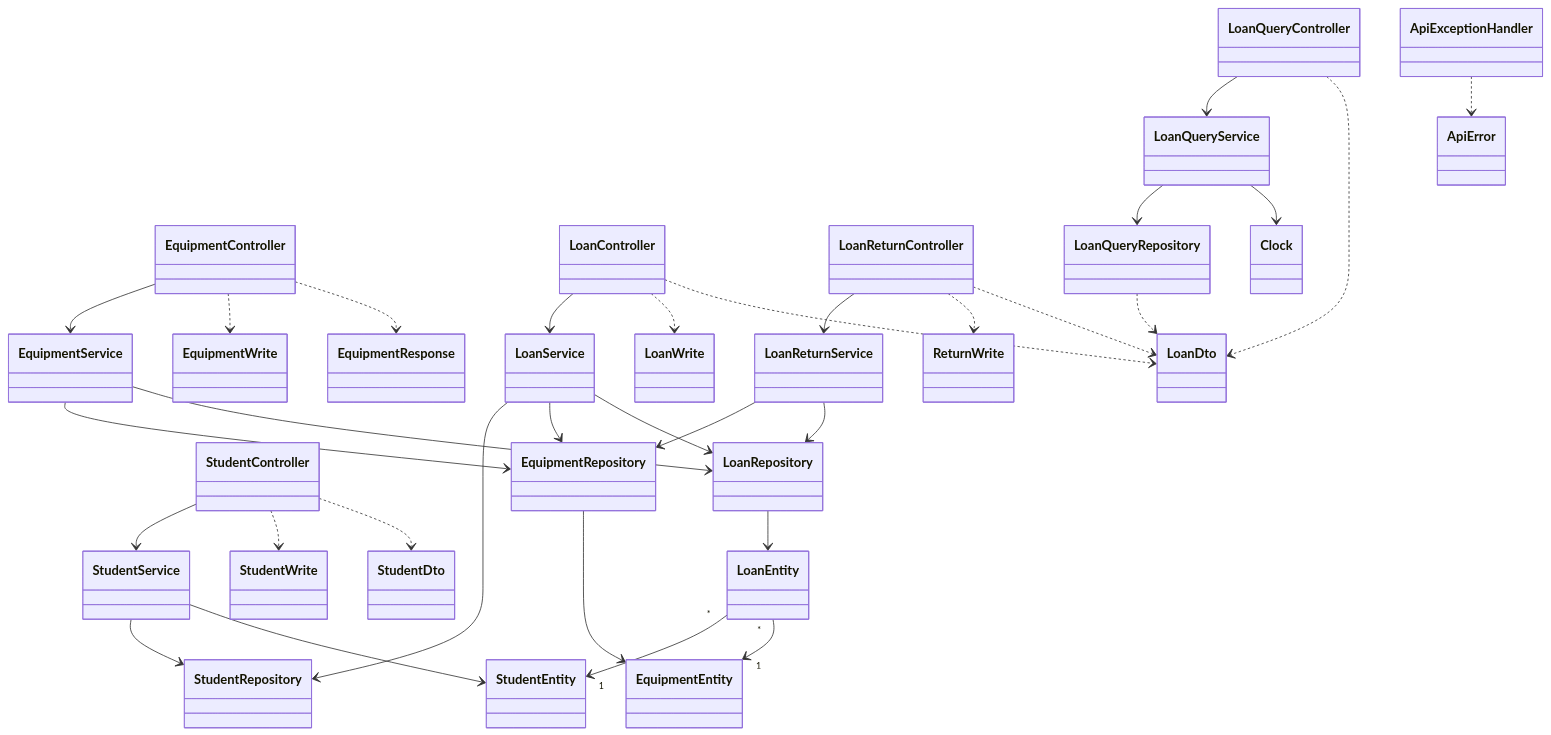
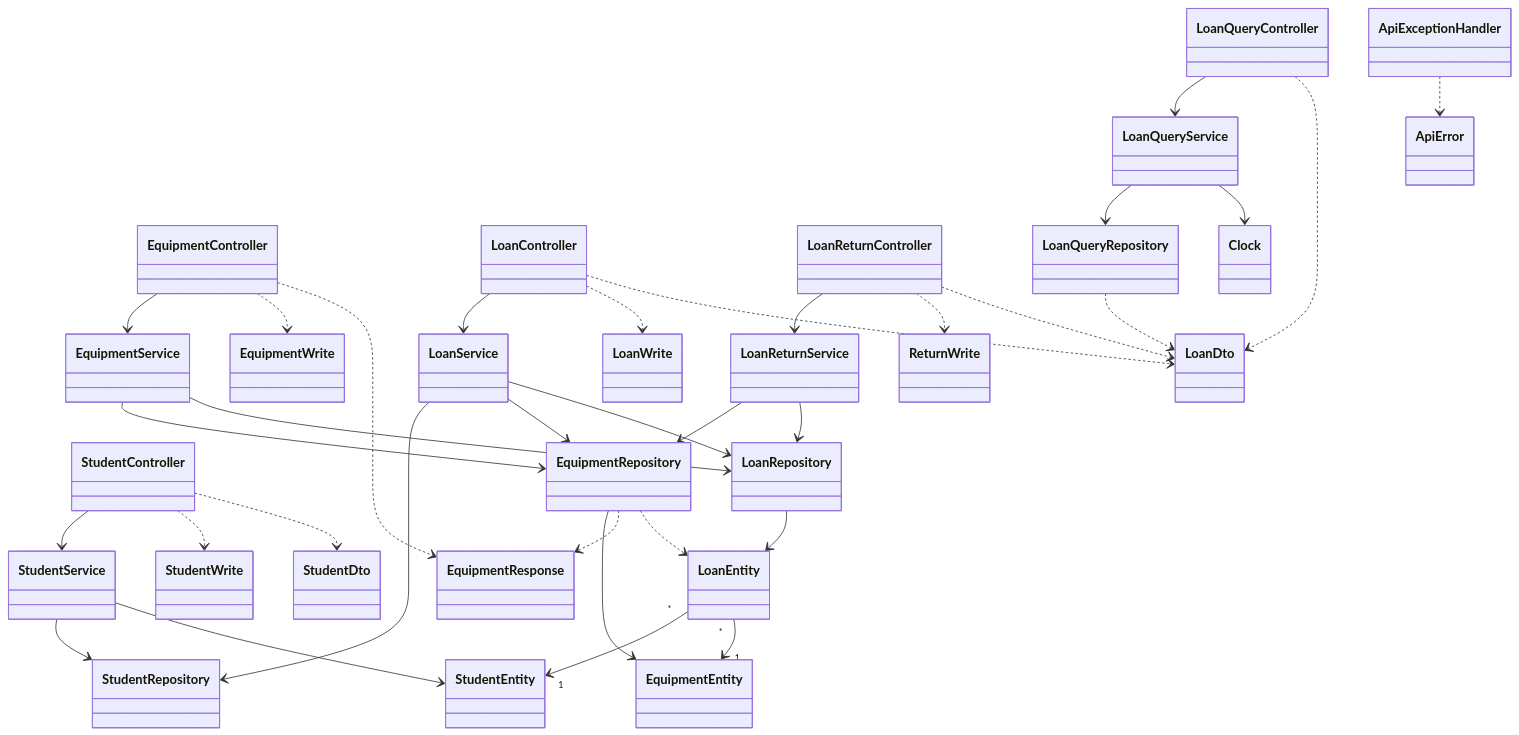
The second of 6 diagrams in docs/design/architecture.md (komayl-dbouk/Equipment-Lending-System), drawn with Mermaid before and after one commit. The commit also changed other lines of this file and 6 other files, not shown here.

````diff
--- a/docs/design/architecture.md
+++ b/docs/design/architecture.md
@@ -58,37 +58,39 @@
 ```mermaid
 classDiagram
   StudentController --> StudentService
   StudentController ..> StudentWrite
   StudentController ..> StudentDto
   StudentService --> StudentRepository
   StudentService --> StudentEntity
 
   EquipmentController --> EquipmentService
   EquipmentController ..> EquipmentWrite
   EquipmentController ..> EquipmentResponse
   EquipmentService --> EquipmentRepository
   EquipmentService --> LoanRepository
   EquipmentRepository --> EquipmentEntity
+  EquipmentRepository ..> EquipmentResponse
+  EquipmentRepository ..> LoanEntity
 
   LoanController --> LoanService
   LoanReturnController --> LoanReturnService
   LoanQueryController --> LoanQueryService
   LoanService --> StudentRepository
   LoanService --> EquipmentRepository
   LoanService --> LoanRepository
   LoanReturnService --> EquipmentRepository
   LoanReturnService --> LoanRepository
   LoanQueryService --> LoanQueryRepository
   LoanQueryService --> Clock
   LoanController ..> LoanWrite
   LoanReturnController ..> ReturnWrite
   LoanController ..> LoanDto
   LoanReturnController ..> LoanDto
   LoanQueryController ..> LoanDto
   LoanRepository --> LoanEntity
   LoanQueryRepository ..> LoanDto
 
   LoanEntity "*" --> "1" StudentEntity
   LoanEntity "*" --> "1" EquipmentEntity
   ApiExceptionHandler ..> ApiError
 ```
````
